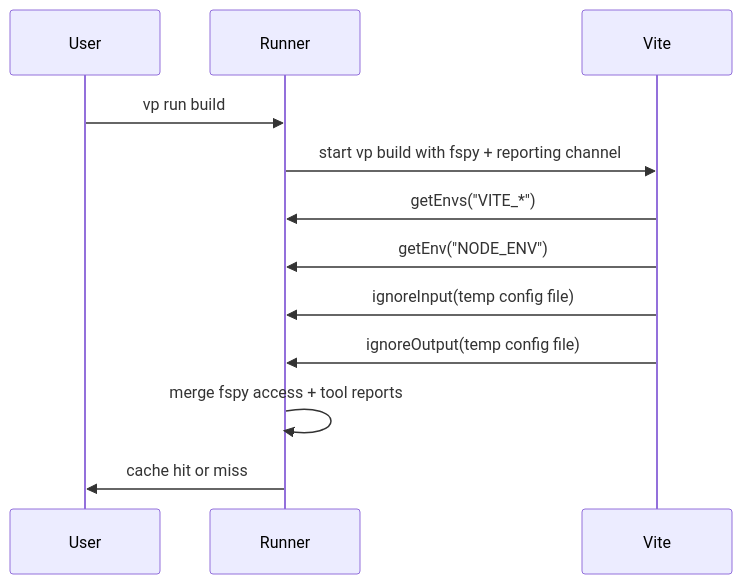
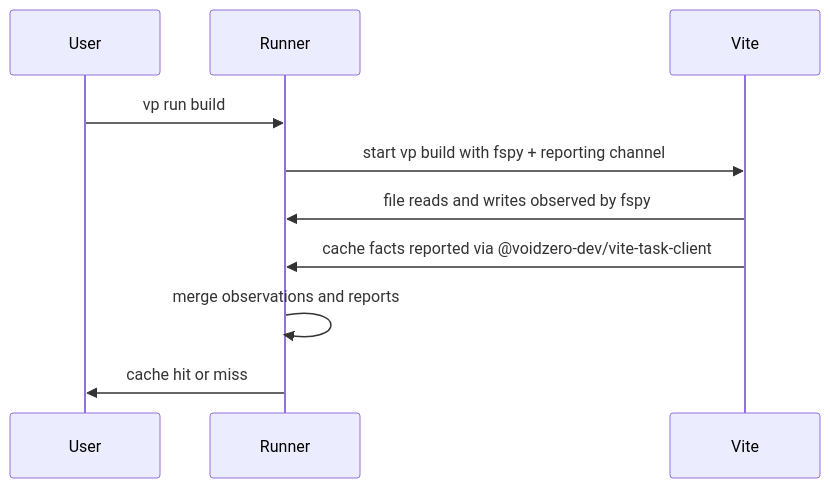
The second of 6 diagrams in tool-reported-caching.md (RSS1102/vite-task), drawn with Mermaid before and after one commit.

Commit message:
docs: simplify tool-reported caching diagram

````diff
--- a/tool-reported-caching.md
+++ b/tool-reported-caching.md
@@ -82,14 +82,12 @@
 ```mermaid
 sequenceDiagram
   participant U as User
   participant R as Runner
   participant T as Vite
   U->>R: vp run build
   R->>T: start vp build with fspy + reporting channel
-  T->>R: getEnvs("VITE_*")
-  T->>R: getEnv("NODE_ENV")
-  T->>R: ignoreInput(temp config file)
-  T->>R: ignoreOutput(temp config file)
-  R->>R: merge fspy access + tool reports
+  T->>R: file reads and writes observed by fspy
+  T->>R: cache facts reported via @voidzero-dev/vite-task-client
+  R->>R: merge observations and reports
   R->>U: cache hit or miss
 ```
````
